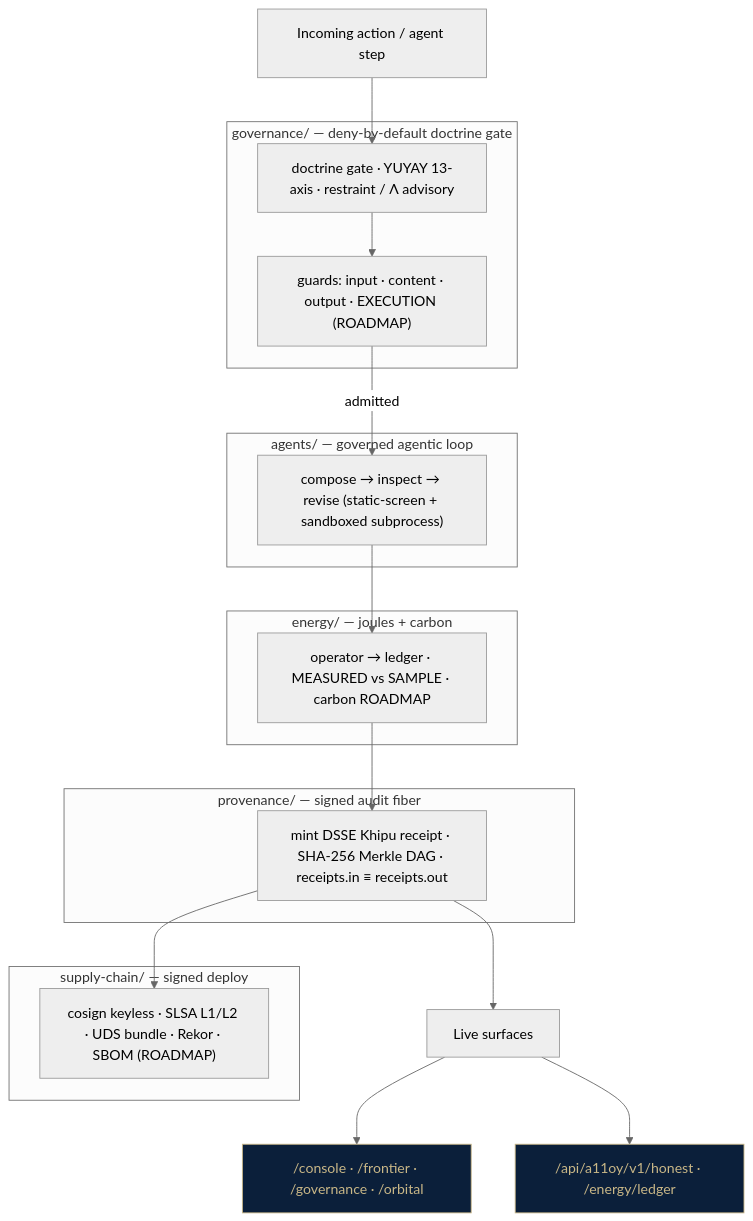
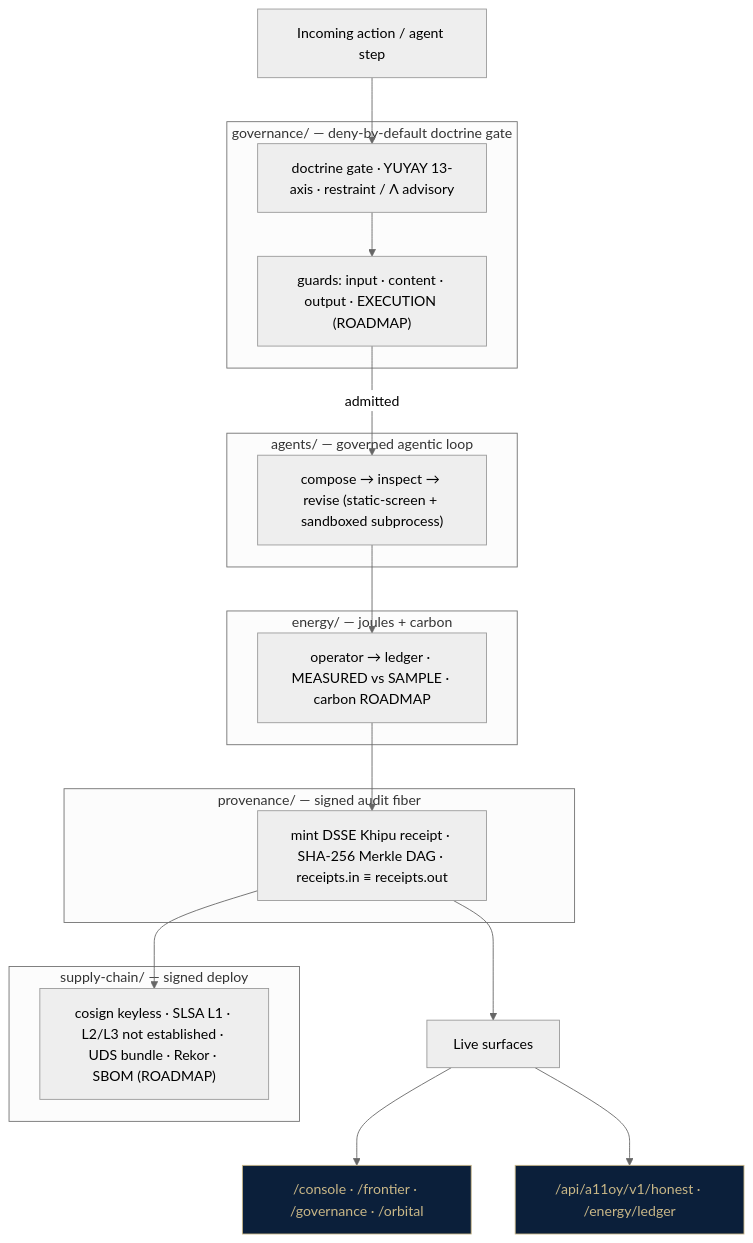
Before and after one commit to szl-holdings/a11oy: the diagram in docs/architecture.md, drawn with Mermaid (neutral theme). The commit also changed other lines of this file and 37 other files, not shown here.

````diff
--- a/docs/architecture.md
+++ b/docs/architecture.md
@@ -115,37 +115,37 @@
 ```mermaid
 graph TD
   A["Incoming action / agent step"] --> G
 
   subgraph GOV["governance/ — deny-by-default doctrine gate"]
     G["doctrine gate · YUYAY 13-axis · restraint / Λ advisory"]
     GU["guards: input · content · output · EXECUTION (ROADMAP)"]
     G --> GU
   end
   GU -->|admitted| AG
 
   subgraph BRAIN["agents/ — governed agentic loop"]
     AG["compose → inspect → revise (static-screen + sandboxed subprocess)"]
   end
   AG --> EN
 
   subgraph EN_["energy/ — joules + carbon"]
     EN["operator → ledger · MEASURED vs SAMPLE · carbon ROADMAP"]
   end
   EN --> PR
 
   subgraph PR_["provenance/ — signed audit fiber"]
     PR["mint DSSE Khipu receipt · SHA-256 Merkle DAG · receipts.in ≡ receipts.out"]
   end
   PR --> LIVE
   PR --> SC
 
   subgraph SC_["supply-chain/ — signed deploy"]
-    SC["cosign keyless · SLSA L1/L2 · UDS bundle · Rekor · SBOM (ROADMAP)"]
+    SC["cosign keyless · SLSA L1 · L2/L3 not established · UDS bundle · Rekor · SBOM (ROADMAP)"]
   end
 
   LIVE["Live surfaces"]
   LIVE --> F["/console · /frontier · /governance · /orbital"]:::live
   LIVE --> H["/api/a11oy/v1/honest · /energy/ledger"]:::live
 
   classDef live fill:#0B1F3A,stroke:#c9b787,color:#c9b787;
 ```
````
